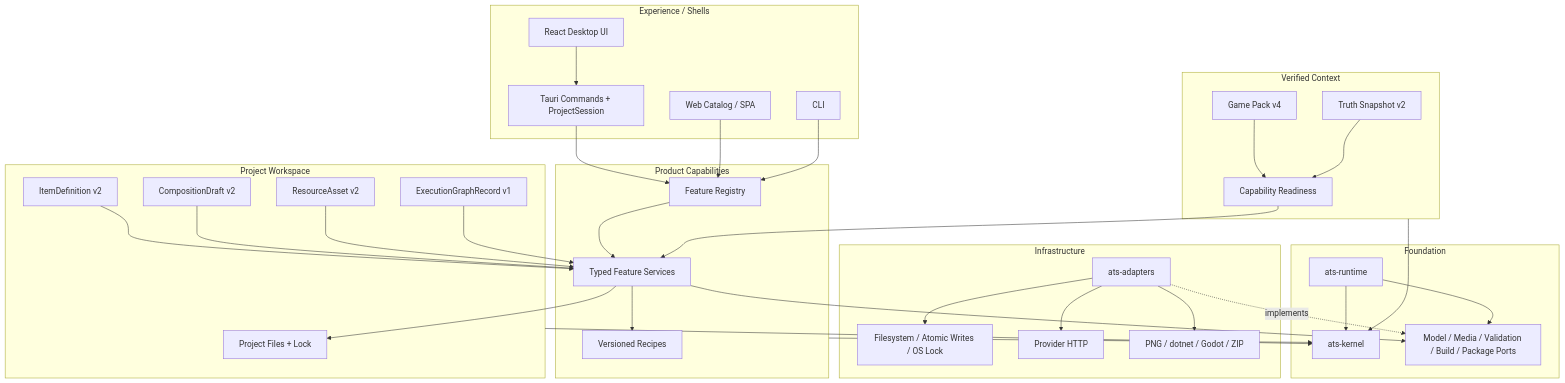
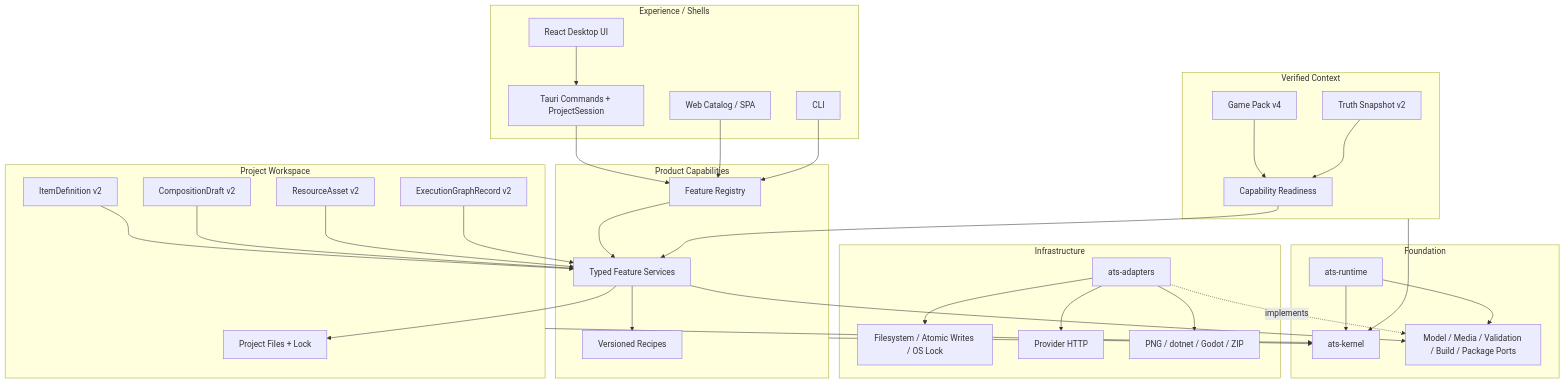
Before and after one commit to Frashmeat/AgentForSTS2: the first of 2 diagrams in docs/01-总览/项目架构总览.md, drawn with Mermaid. The commit also changed other lines of this file and 36 other files, not shown here.

````diff
--- a/docs/01-总览/项目架构总览.md
+++ b/docs/01-总览/项目架构总览.md
@@ -27,67 +27,67 @@
 ```mermaid
 flowchart TB
     subgraph Shells[Experience / Shells]
         React[React Desktop UI]
         Tauri[Tauri Commands + ProjectSession]
         Web[Web Catalog / SPA]
         CLI[CLI]
     end
 
     subgraph Product[Product Capabilities]
         Registry[Feature Registry]
         Features[Typed Feature Services]
         Recipes[Versioned Recipes]
     end
 
     subgraph Context[Verified Context]
         Pack[Game Pack v4]
         Truth[Truth Snapshot v2]
         Ready[Capability Readiness]
     end
 
     subgraph Workspace[Project Workspace]
         Item[ItemDefinition v2]
         Draft[CompositionDraft v2]
         Resource[ResourceAsset v2]
-        Graph[ExecutionGraphRecord v1]
+        Graph[ExecutionGraphRecord v2]
         Project[Project Files + Lock]
     end
 
     subgraph Foundation[Foundation]
         Kernel[ats-kernel]
         Runtime[ats-runtime]
         Ports[Model / Media / Validation / Build / Package Ports]
     end
 
     subgraph Infrastructure[Infrastructure]
         Adapters[ats-adapters]
         FS[Filesystem / Atomic Writes / OS Lock]
         HTTP[Provider HTTP]
         Tools[PNG / dotnet / Godot / ZIP]
     end
 
     React --> Tauri
     Tauri --> Registry
     Web --> Registry
     CLI --> Registry
     Registry --> Features
     Features --> Recipes
     Pack --> Ready
     Truth --> Ready
     Ready --> Features
     Item --> Features
     Draft --> Features
     Resource --> Features
     Graph --> Features
     Features --> Ports
     Features --> Project
     Runtime --> Ports
     Adapters -. implements .-> Ports
     Adapters --> FS
     Adapters --> HTTP
     Adapters --> Tools
     Product --> Kernel
     Context --> Kernel
     Workspace --> Kernel
     Runtime --> Kernel
 ```
````
